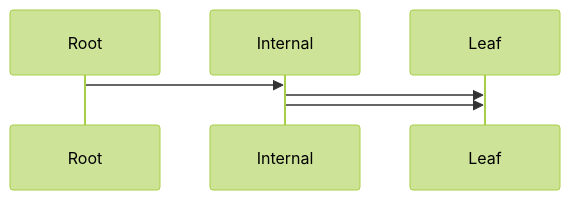
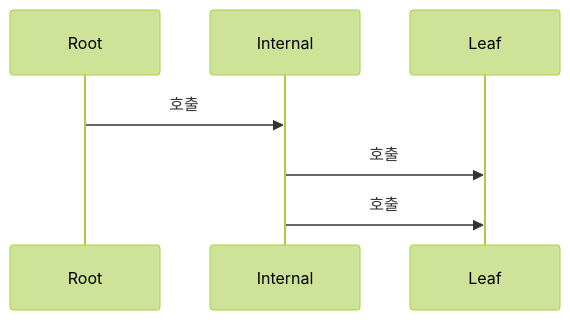
Before and after one commit to yjkim2015/yjkim2015.github.io: the fourth of 10 diagrams in _posts/db/2026-05-01-db-internals.md, drawn with Mermaid (forest theme). The commit also changed 85 other files, not shown here.

First line of the commit message:
sequenceDiagram 문법 에러 2차 수정 169개 (86파일)

````diff
--- a/_posts/db/2026-05-01-db-internals.md
+++ b/_posts/db/2026-05-01-db-internals.md
@@ -120,6 +120,6 @@
 ```mermaid
 sequenceDiagram
-    Root->>Internal:
-    Internal->>Leaf:
-    Internal->>Leaf:
+    Root->>Internal: 호출
+    Internal->>Leaf: 호출
+    Internal->>Leaf: 호출
 ```
````
